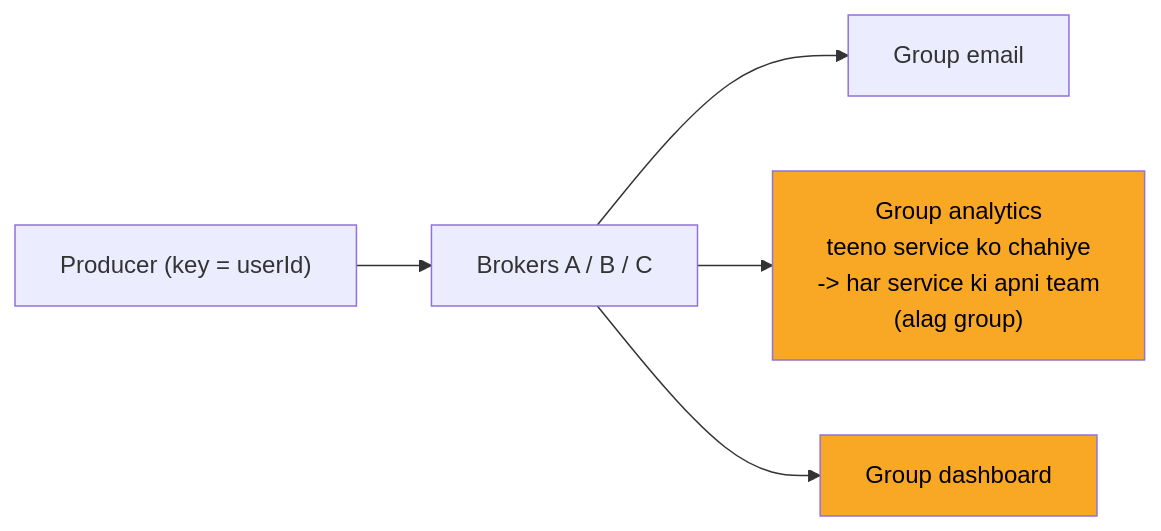
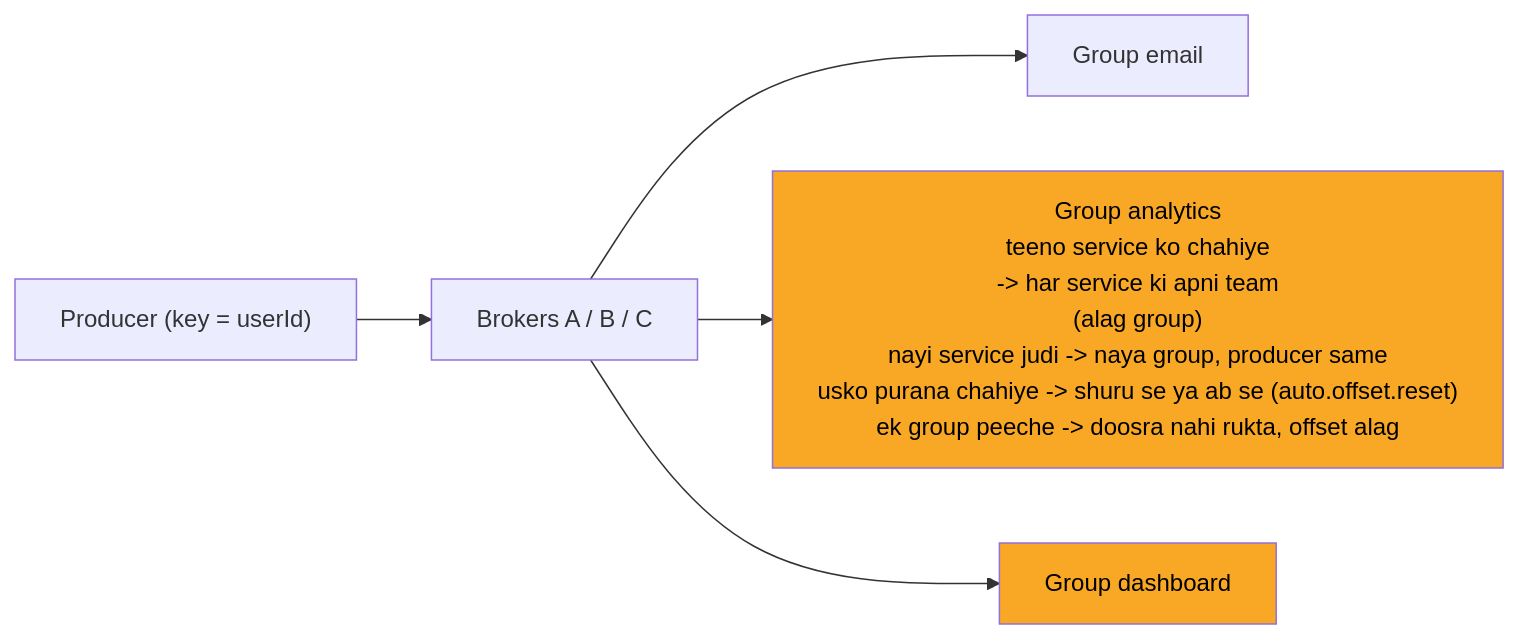
The sixth of 12 diagrams in 04_HLD/SYSTEM_DESIGNS/12_message_queue_kafka/12_message_queue_kafka.md (ArpanMaheshwari144/Prep), drawn with Mermaid before and after one commit. The commit also changed other lines of this file and 12 other files, not shown here.

Commit message:
hld 02-14: peele dabbe me SAFAR ke mod + diagram chauda (wrappingWidth 450)

````diff
--- a/04_HLD/SYSTEM_DESIGNS/12_message_queue_kafka/12_message_queue_kafka.md
+++ b/04_HLD/SYSTEM_DESIGNS/12_message_queue_kafka/12_message_queue_kafka.md
@@ -203,14 +208,15 @@
 ```mermaid
+%%{init: {"flowchart": {"wrappingWidth": 450}}}%%
 flowchart LR
     n_P["Producer (key = userId)"]
     n_B["Brokers A / B / C"]
     n_GE["Group email"]
-    n_GA["Group analytics<br/>teeno service ko chahiye<br/>-> har service ki apni team<br/>(alag group)"]
+    n_GA["Group analytics<br/>teeno service ko chahiye<br/>-> har service ki apni team<br/>(alag group)<br/>nayi service judi -> naya group, producer same<br/>usko purana chahiye -> shuru se ya ab se (auto.offset.reset)<br/>ek group peeche -> doosra nahi rukta, offset alag"]
     n_GD["Group dashboard"]
     n_P --> n_B
     n_B --> n_GE
     n_B --> n_GA
     n_B --> n_GD
     style n_GA fill:#f9a825,color:#000
     style n_GD fill:#f9a825,color:#000
 ```
````
